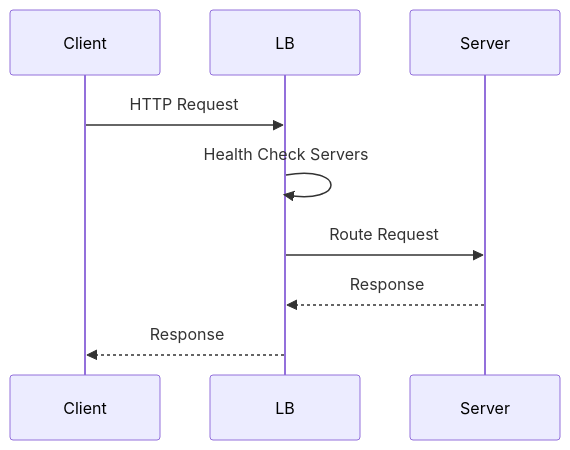
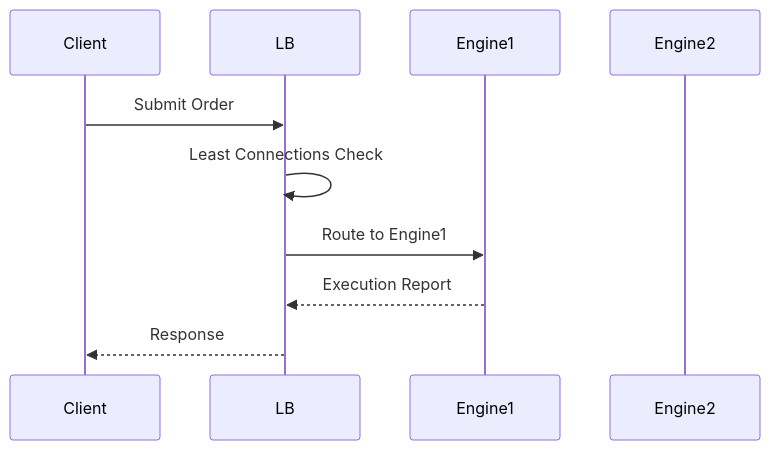
The diagram in system-design/load-balancing-and-strategies/README.md (VrushankPatel/interview-matters), drawn with Mermaid before and after one commit. The commit also changed other lines of this file and 9 other files, not shown here.

````diff
--- a/system-design/load-balancing-and-strategies/README.md
+++ b/system-design/load-balancing-and-strategies/README.md
@@ -173,12 +76,13 @@
 ```mermaid
 sequenceDiagram
     participant Client
     participant LB
-    participant Server
+    participant Engine1
+    participant Engine2
 
-    Client->>LB: HTTP Request
-    LB->>LB: Health Check Servers
-    LB->>Server: Route Request
-    Server-->>LB: Response
+    Client->>LB: Submit Order
+    LB->>LB: Least Connections Check
+    LB->>Engine1: Route to Engine1
+    Engine1-->>LB: Execution Report
     LB-->>Client: Response
 ```
````
